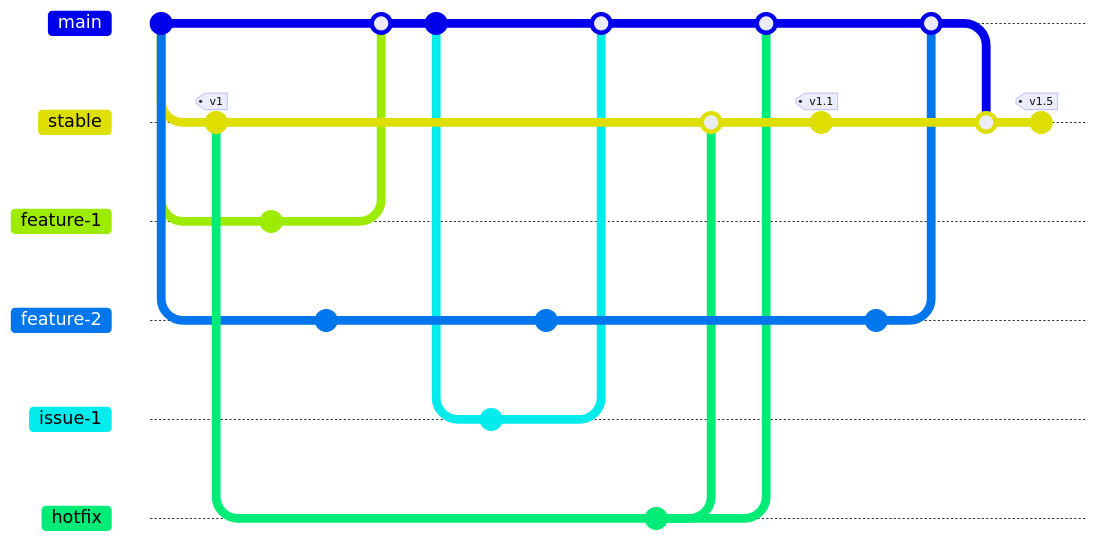
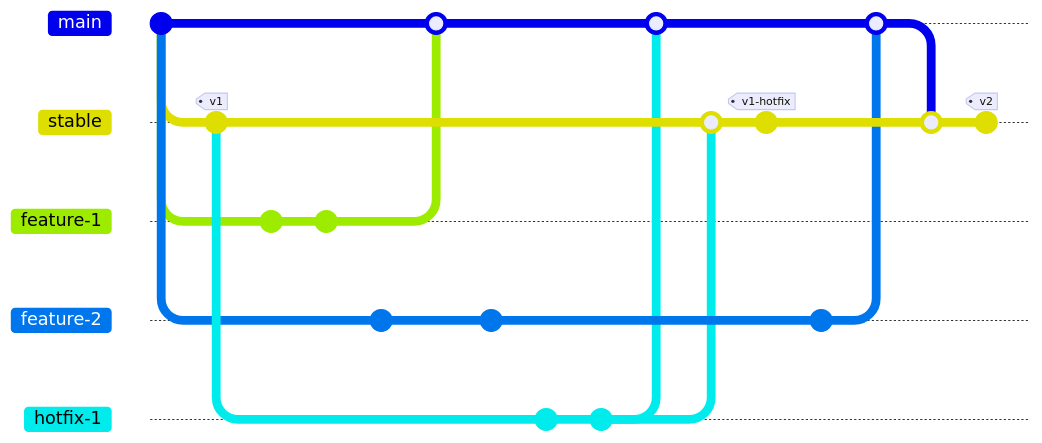
Before and after one commit to Mauwii/django_devops: the second of 2 diagrams in docs/todo/index.md, drawn with Mermaid. The commit also changed 5 other files, not shown here. Commit ids are hidden.

Commit message:
update pipeline triggers also - moved workitem_poster.yml to examples - updated Repository README.md - updated docs/todo/index.md with better Git Graph

````diff
--- a/docs/todo/index.md
+++ b/docs/todo/index.md
@@ -36,42 +36,37 @@
 ``` mermaid
-  gitGraph
-      commit
-      branch stable
-      commit tag: "v1"
-      checkout main
-      branch feature-1
-      checkout feature-1
-      commit
-      checkout main
-      branch feature-2
-      checkout feature-2
-      commit
-      checkout main
-      merge feature-1
-      commit
-      branch issue-1
-      checkout issue-1
-      commit
-      checkout feature-2
-      commit
-      checkout main
-      merge issue-1
-      checkout stable
-      branch hotfix
-      checkout main
-      checkout hotfix
-      commit
-      checkout stable
-      merge hotfix
-      checkout main
-      merge hotfix
-      checkout stable
-      commit tag: "v1.1"
-      checkout feature-2
-      commit
-      checkout main
-      merge feature-2
-      checkout stable
-      merge main
-      commit tag: "v1.5"
+    gitGraph
+        commit
+        branch stable
+        checkout stable
+        commit tag: "v1"
+        checkout main
+        branch feature-1
+        checkout feature-1
+        commit
+        commit
+        checkout main
+        branch feature-2
+        checkout feature-2
+        commit
+        checkout main
+        merge feature-1
+        checkout feature-2
+        commit
+        checkout stable
+        branch hotfix-1
+        commit
+        commit
+        checkout main
+        merge hotfix-1
+        checkout stable
+        merge hotfix-1
+        checkout stable
+        commit tag: "v1-hotfix"
+        checkout feature-2
+        commit
+        checkout main
+        merge feature-2
+        checkout stable
+        merge main
+        commit tag: "v2"
 ```
````
